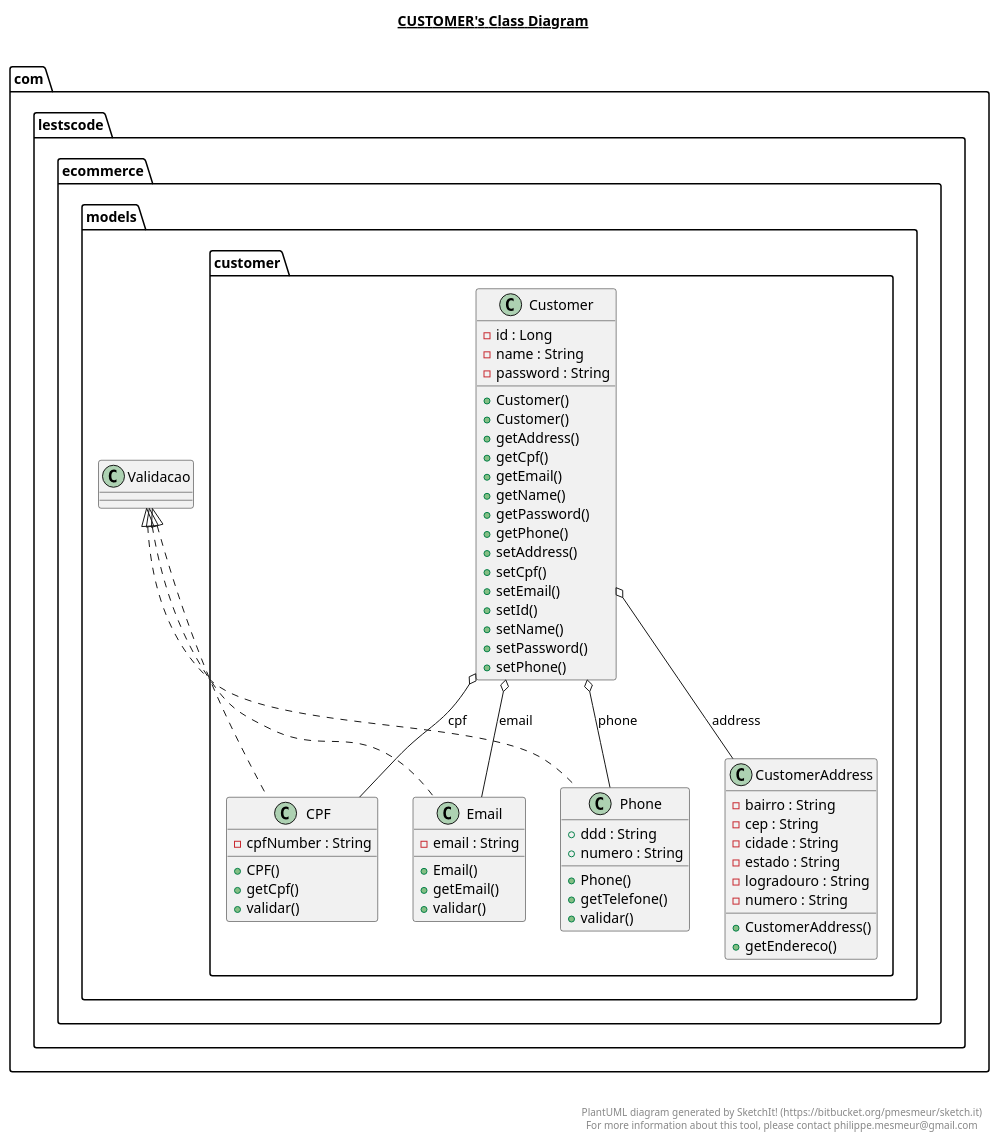
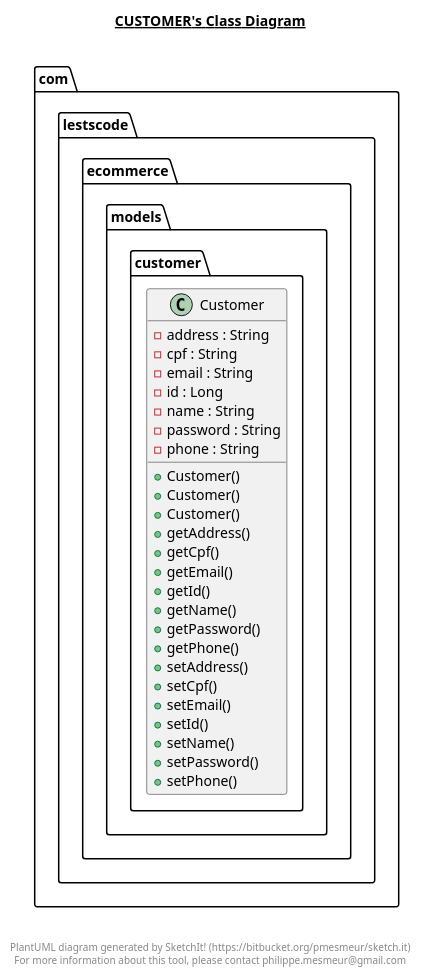
Before and after one commit to heyder48/ecommerce: the diagram in src/main/java/com/lestscode/ecommerce/models/customer/customer.plantuml, drawn with PlantUML. The commit also changed 18 other files, not shown here.

```diff
--- a/src/main/java/com/lestscode/ecommerce/models/customer/customer.plantuml
+++ b/src/main/java/com/lestscode/ecommerce/models/customer/customer.plantuml
@@ -1,110 +1,48 @@
 @startuml
 
 title __CUSTOMER's Class Diagram__\n
 
   namespace com.lestscode.ecommerce {
     namespace models {
       namespace customer {
-        class com.lestscode.ecommerce.models.customer.CPF {
-            - cpfNumber : String
-            + CPF()
-            + getCpf()
-            + validar()
-        }
-      }
-    }
-  }
-  
-
-  namespace com.lestscode.ecommerce {
-    namespace models {
-      namespace customer {
         class com.lestscode.ecommerce.models.customer.Customer {
+            - address : String
+            - cpf : String
+            - email : String
             - id : Long
             - name : String
             - password : String
+            - phone : String
+            + Customer()
             + Customer()
             + Customer()
             + getAddress()
             + getCpf()
             + getEmail()
+            + getId()
             + getName()
             + getPassword()
             + getPhone()
             + setAddress()
             + setCpf()
             + setEmail()
             + setId()
             + setName()
             + setPassword()
             + setPhone()
         }
       }
     }
   }
   
 
-  namespace com.lestscode.ecommerce {
-    namespace models {
-      namespace customer {
-        class com.lestscode.ecommerce.models.customer.CustomerAddress {
-            - bairro : String
-            - cep : String
-            - cidade : String
-            - estado : String
-            - logradouro : String
-            - numero : String
-            + CustomerAddress()
-            + getEndereco()
-        }
-      }
-    }
-  }
-  
-
-  namespace com.lestscode.ecommerce {
-    namespace models {
-      namespace customer {
-        class com.lestscode.ecommerce.models.customer.Email {
-            - email : String
-            + Email()
-            + getEmail()
-            + validar()
-        }
-      }
-    }
-  }
-  
-
-  namespace com.lestscode.ecommerce {
-    namespace models {
-      namespace customer {
-        class com.lestscode.ecommerce.models.customer.Phone {
-            + ddd : String
-            + numero : String
-            + Phone()
-            + getTelefone()
-            + validar()
-        }
-      }
-    }
-  }
-  
-
-  com.lestscode.ecommerce.models.customer.CPF .up.|> com.lestscode.ecommerce.models.Validacao
-  com.lestscode.ecommerce.models.customer.Customer o-- com.lestscode.ecommerce.models.customer.CustomerAddress : address
-  com.lestscode.ecommerce.models.customer.Customer o-- com.lestscode.ecommerce.models.customer.CPF : cpf
-  com.lestscode.ecommerce.models.customer.Customer o-- com.lestscode.ecommerce.models.customer.Email : email
-  com.lestscode.ecommerce.models.customer.Customer o-- com.lestscode.ecommerce.models.customer.Phone : phone
-  com.lestscode.ecommerce.models.customer.Email .up.|> com.lestscode.ecommerce.models.Validacao
-  com.lestscode.ecommerce.models.customer.Phone .up.|> com.lestscode.ecommerce.models.Validacao
 
 
 right footer
 
 
 PlantUML diagram generated by SketchIt! (https://bitbucket.org/pmesmeur/sketch.it)
 For more information about this tool, please contact philippe.mesmeur@gmail.com
 endfooter
 
 @enduml
```
